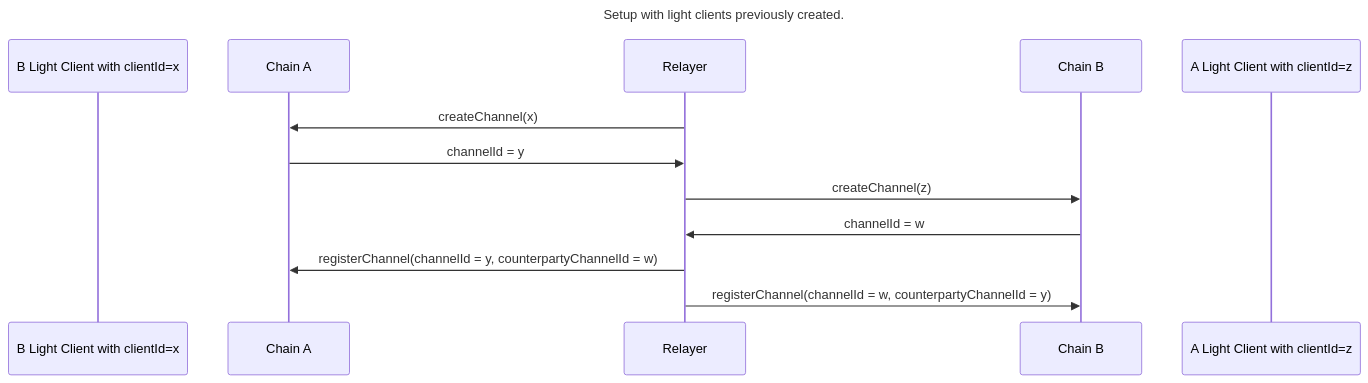
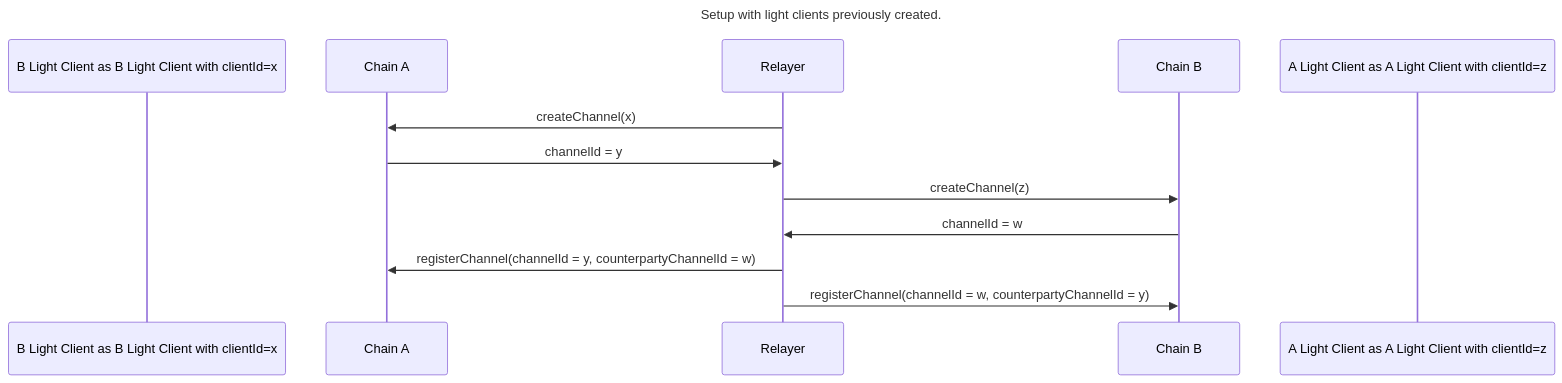
The second of 5 diagrams in spec/core/v2/ics-004-packet-semantics/README.md (cosmos/ibc), drawn with Mermaid before and after one commit.

Commit message:
test fix

````diff
--- a/spec/core/v2/ics-004-packet-semantics/README.md
+++ b/spec/core/v2/ics-004-packet-semantics/README.md
@@ -253,17 +253,17 @@
 ```mermaid
 ---
 title: Setup with light clients previously created.  
 ---
 sequenceDiagram
-    Participant B Light Client with clientId=x  
+    Participant B Light Client as B Light Client with clientId=x  
     Participant Chain A
     Participant Relayer 
     Participant Chain B
-    Participant A Light Client with clientId=z   
+    Participant A Light Client as A Light Client with clientId=z   
     Relayer ->> Chain A : createChannel(x)
     Chain A ->> Relayer : channelId = y
     Relayer ->> Chain B : createChannel(z)
     Chain B ->> Relayer : channelId = w
     Relayer ->> Chain A : registerChannel(channelId = y, counterpartyChannelId = w)
     Relayer ->> Chain B : registerChannel(channelId = w, counterpartyChannelId = y) 
 ```
````
